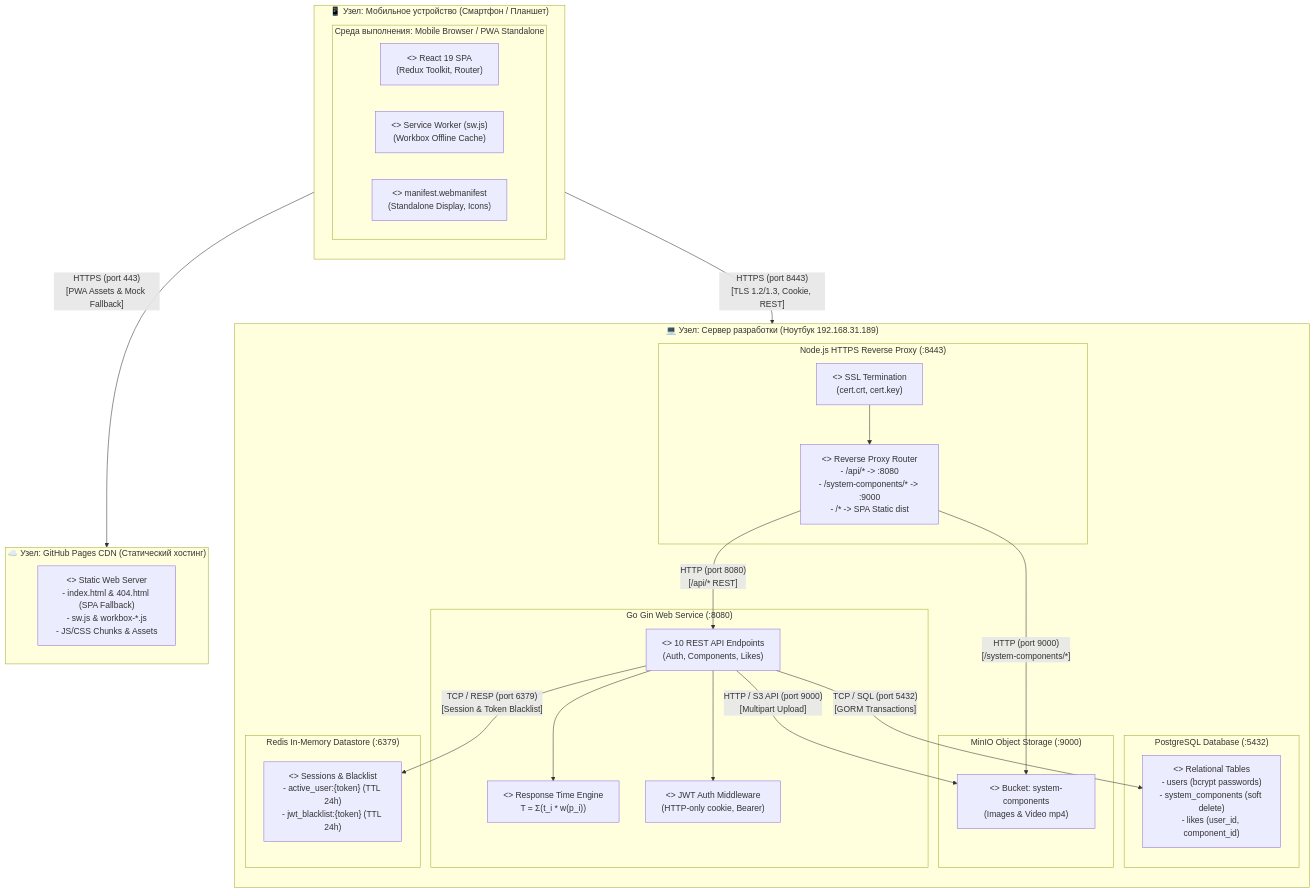
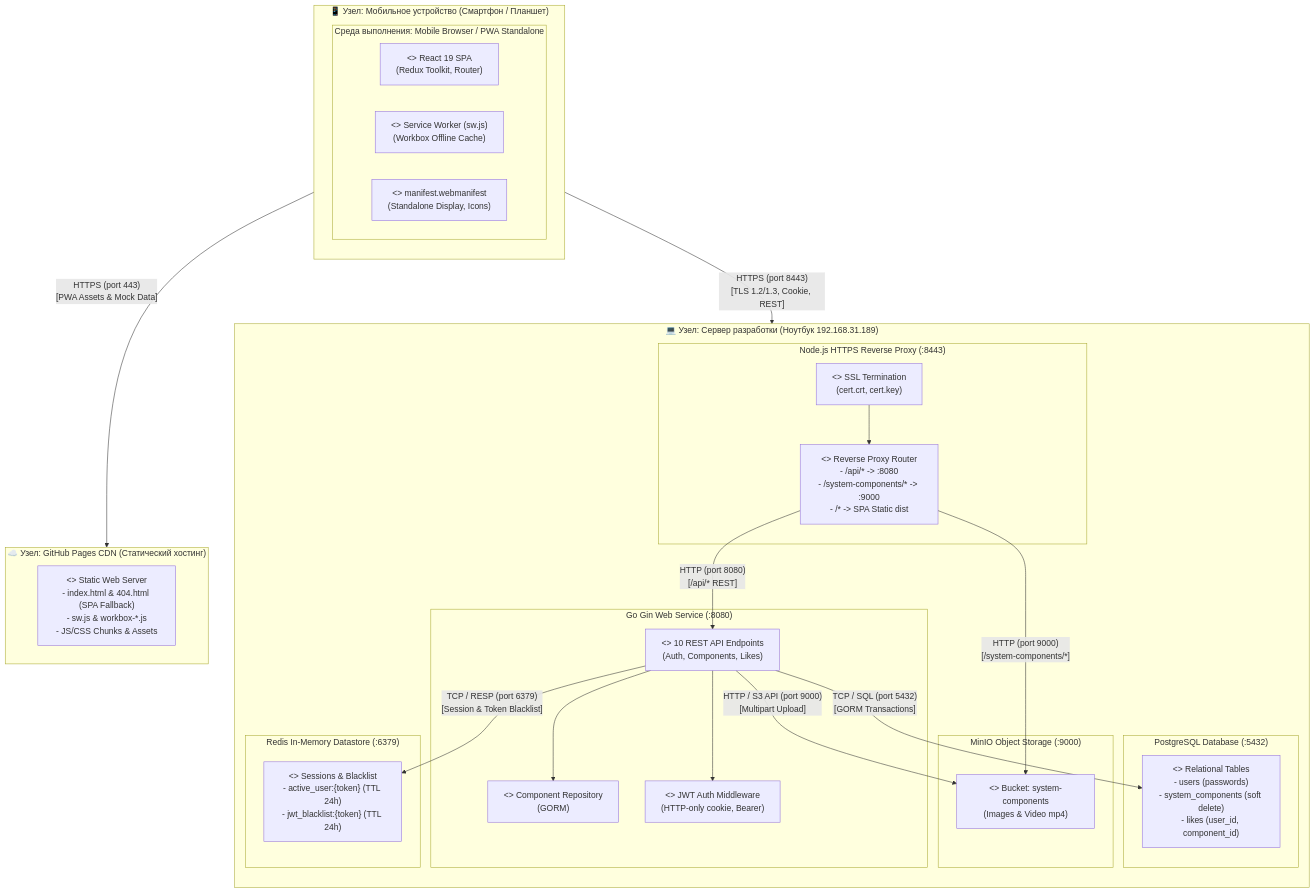
One commit to Ilyadevj/system-components-frontend changed the diagram in REPORT_LAB7.md. Above: the diagram before and after it, drawn with Mermaid. The commit also changed other lines of this file and 19 other files, not shown here.

Commit message:
Complete lab7 responsive PWA, Pages build and LAN HTTPS

````diff
--- a/REPORT_LAB7.md
+++ b/REPORT_LAB7.md
@@ -75,52 +75,52 @@
 ```mermaid
 flowchart TB
     subgraph ClientMobile ["📱 Узел: Мобильное устройство (Смартфон / Планшет)"]
         direction TB
         subgraph MobileEnv ["Среда выполнения: Mobile Browser / PWA Standalone"]
             SPA["<<component>> React 19 SPA\n(Redux Toolkit, Router)"]
             SW["<<component>> Service Worker (sw.js)\n(Workbox Offline Cache)"]
             Manifest["<<artifact>> manifest.webmanifest\n(Standalone Display, Icons)"]
         end
     end
 
     subgraph GitHubPages ["☁️ Узел: GitHub Pages CDN (Статический хостинг)"]
         GHPStatic["<<web-server>> Static Web Server\n- index.html & 404.html (SPA Fallback)\n- sw.js & workbox-*.js\n- JS/CSS Chunks & Assets"]
     end
 
     subgraph LaptopNode ["💻 Узел: Сервер разработки (Ноутбук 192.168.31.189)"]
         direction TB
         subgraph NodeProxy ["Node.js HTTPS Reverse Proxy (:8443)"]
             SSLTerm["<<execution environment>> SSL Termination\n(cert.crt, cert.key)"]
             ProxyRouter["<<component>> Reverse Proxy Router\n- /api/* -> :8080\n- /system-components/* -> :9000\n- /* -> SPA Static dist"]
         end
 
         subgraph GoBackend ["Go Gin Web Service (:8080)"]
             APIHandler["<<component>> 10 REST API Endpoints\n(Auth, Components, Likes)"]
-            RespCalc["<<component>> Response Time Engine\nT = Σ(t_i * w(p_i))"]
+            RespCalc["<<component>> Component Repository\n(GORM)"]
             JWTMiddleware["<<component>> JWT Auth Middleware\n(HTTP-only cookie, Bearer)"]
         end
 
         subgraph S3Storage ["MinIO Object Storage (:9000)"]
             MinioBucket["<<storage>> Bucket: system-components\n(Images & Video mp4)"]
         end
 
         subgraph DBNode ["PostgreSQL Database (:5432)"]
-            PGData["<<database>> Relational Tables\n- users (bcrypt passwords)\n- system_components (soft delete)\n- likes (user_id, component_id)"]
+            PGData["<<database>> Relational Tables\n- users (passwords)\n- system_components (soft delete)\n- likes (user_id, component_id)"]
         end
 
         subgraph RedisNode ["Redis In-Memory Datastore (:6379)"]
             RedisSessions["<<cache>> Sessions & Blacklist\n- active_user:{token} (TTL 24h)\n- jwt_blacklist:{token} (TTL 24h)"]
         end
     end
 
-    ClientMobile -- "HTTPS (port 443)\n[PWA Assets & Mock Fallback]" --> GitHubPages
+    ClientMobile -- "HTTPS (port 443)\n[PWA Assets & Mock Data]" --> GitHubPages
     ClientMobile -- "HTTPS (port 8443)\n[TLS 1.2/1.3, Cookie, REST]" --> SSLTerm
     SSLTerm --> ProxyRouter
     ProxyRouter -- "HTTP (port 8080)\n[/api/* REST]" --> APIHandler
     ProxyRouter -- "HTTP (port 9000)\n[/system-components/*]" --> MinioBucket
     APIHandler --> RespCalc
     APIHandler --> JWTMiddleware
     APIHandler -- "TCP / SQL (port 5432)\n[GORM Transactions]" --> PGData
     APIHandler -- "TCP / RESP (port 6379)\n[Session & Token Blacklist]" --> RedisSessions
     APIHandler -- "HTTP / S3 API (port 9000)\n[Multipart Upload]" --> MinioBucket
 ```
````
